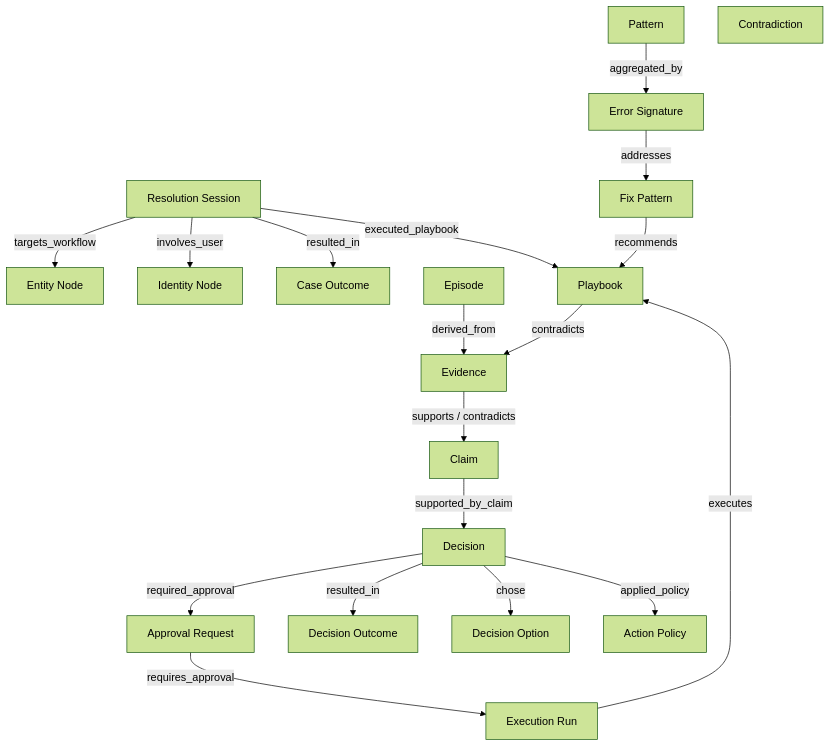
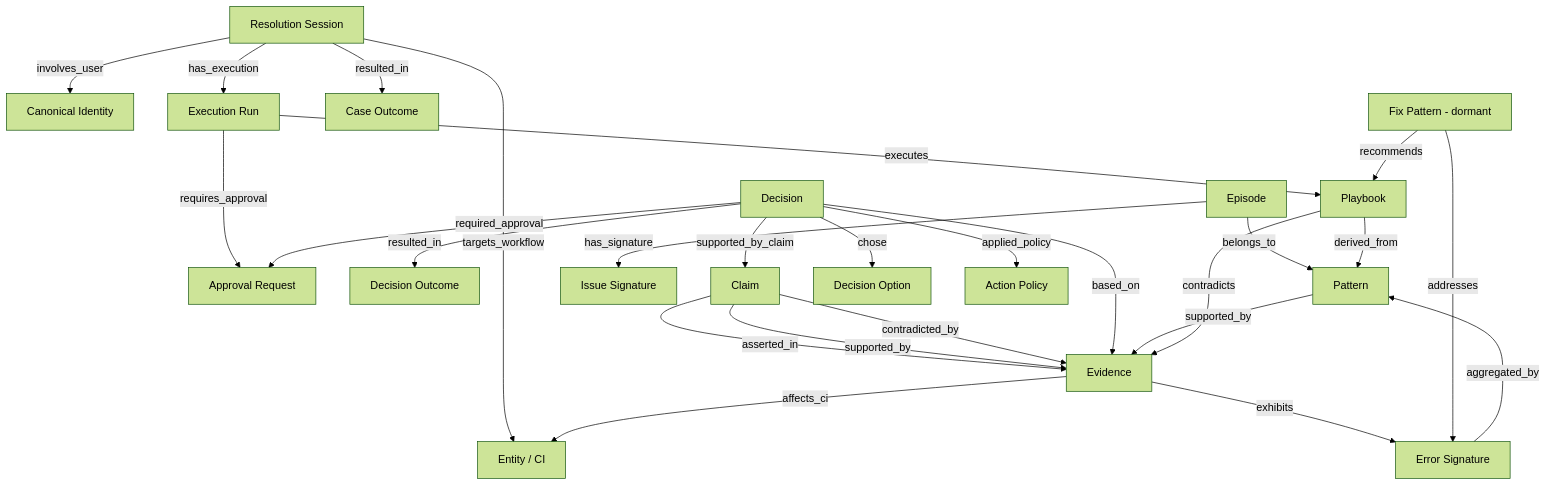
The first of 3 diagrams in docs/08_Context_Graph.md (Valuedx/ContextEdge), drawn with Mermaid (forest theme) before and after one commit. The commit also changed other lines of this file and 48 other files, not shown here.

````diff
--- a/docs/08_Context_Graph.md
+++ b/docs/08_Context_Graph.md
@@ -505,53 +806,62 @@
 ```mermaid
 graph TD
     %% Core Entities
-    Entity[Entity Node]
-    Identity[Identity Node]
+    Entity[Entity / CI]
+    Identity[Canonical Identity]
 
     %% Case & Execution
     Session[Resolution Session]
     Execution[Execution Run]
     Approval[Approval Request]
     CaseOutcome[Case Outcome]
     DecisionOutcome[Decision Outcome]
 
     %% Knowledge & Learning
     Playbook[Playbook]
     Pattern[Pattern]
     ErrorSig[Error Signature]
-    FixPat[Fix Pattern]
-    Contradiction[Contradiction]
+    FixPat[Fix Pattern - dormant]
+    IssueSig[Issue Signature]
 
     %% Reasoning
     Evidence[Evidence]
     Episode[Episode]
     Claim[Claim]
     Decision[Decision]
     DecisionOpt[Decision Option]
 
     %% Governance
     Policy[Action Policy]
 
-    %% Example Edges
+    %% Case and execution chain
     Session -->|involves_user| Identity
     Session -->|targets_workflow| Entity
-    Session -->|executed_playbook| Playbook
+    Session -->|has_execution| Execution
     Session -->|resulted_in| CaseOutcome
+    Execution -->|executes| Playbook
+    Execution -->|requires_approval| Approval
 
-    Evidence -->|supports / contradicts| Claim
-    Claim -->|supported_by_claim| Decision
+    %% Reasoning chain
+    Claim -->|asserted_in| Evidence
+    Claim -->|supported_by| Evidence
+    Claim -->|contradicted_by| Evidence
+    Decision -->|supported_by_claim| Claim
+    Decision -->|based_on| Evidence
     Decision -->|chose| DecisionOpt
     Decision -->|applied_policy| Policy
     Decision -->|required_approval| Approval
     Decision -->|resulted_in| DecisionOutcome
 
-    Execution -->|executes| Playbook
-    Approval -->|requires_approval| Execution
-
-    Episode -->|derived_from| Evidence
-    Pattern -->|aggregated_by| ErrorSig
-    ErrorSig -->|addresses| FixPat
+    %% Learning chain
+    Evidence -->|affects_ci| Entity
+    Evidence -->|exhibits| ErrorSig
+    Episode -->|belongs_to| Pattern
+    Episode -->|has_signature| IssueSig
+    Playbook -->|derived_from| Pattern
+    Pattern -->|supported_by| Evidence
+    ErrorSig -->|aggregated_by| Pattern
+    FixPat -->|addresses| ErrorSig
     FixPat -->|recommends| Playbook
 
     Playbook -->|contradicts| Evidence
 ```
````
